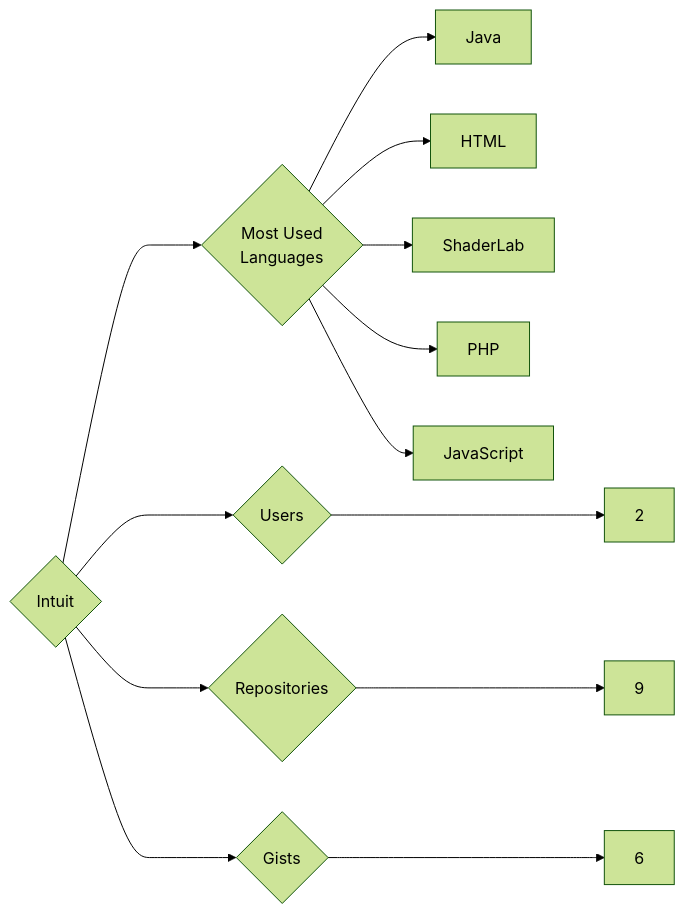
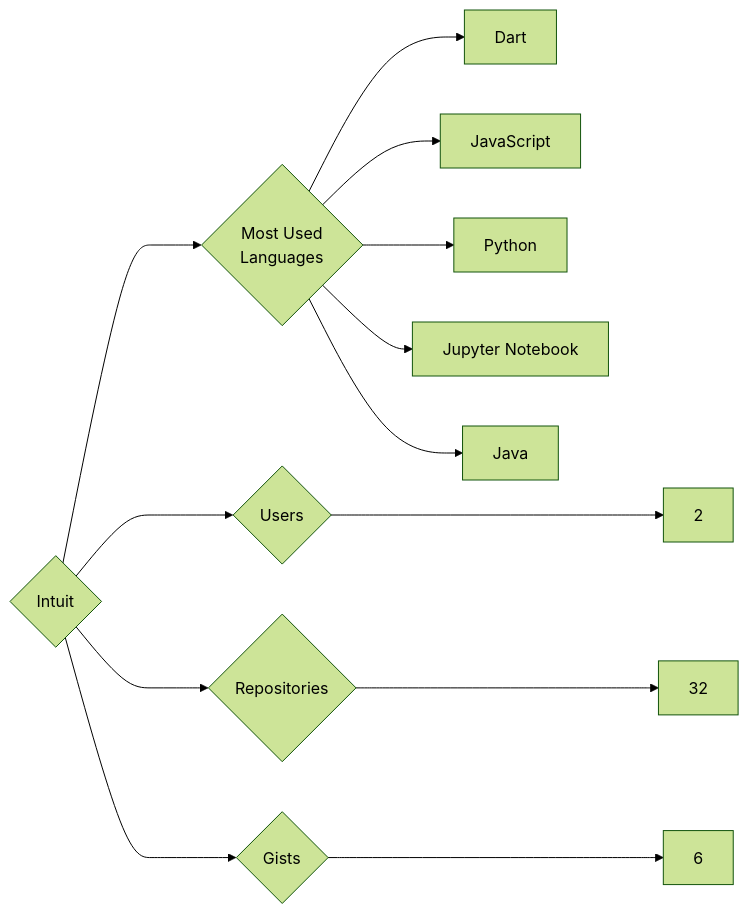
One commit to trickest/insiders changed the diagram in targets/Intuit/README.md. Above: the diagram before and after it, drawn with Mermaid (forest theme). The commit also changed 559 other files, not shown here.

````diff
--- a/targets/Intuit/README.md
+++ b/targets/Intuit/README.md
@@ -3,13 +3,13 @@
 ```mermaid
 graph LR
 COMPANY_NAME{Intuit}
 COMPANY_NAME ---> U{Users} ---> UN[2]
-COMPANY_NAME ---> R{Repositories} ---> RN[9]
+COMPANY_NAME ---> R{Repositories} ---> RN[32]
 COMPANY_NAME ---> G{Gists} ---> GN[6]
 COMPANY_NAME ---> ML{Most Used<br>Languages}
+ML --> Dart[Dart]
+ML --> JavaScript[JavaScript]
+ML --> Python[Python]
+ML --> Jupyter_Notebook[Jupyter Notebook]
 ML --> Java[Java]
-ML --> HTML[HTML]
-ML --> ShaderLab[ShaderLab]
-ML --> PHP[PHP]
-ML --> JavaScript[JavaScript]
 ```
````
